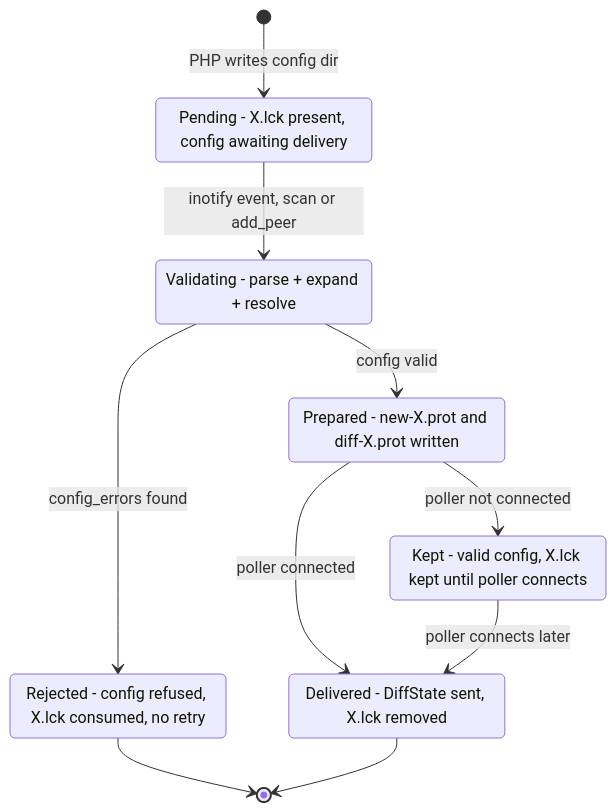
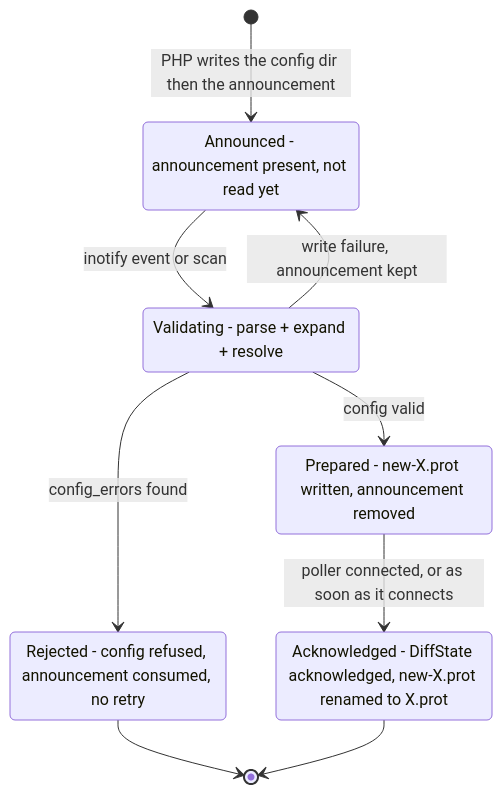
One commit to centreon/centreon-collect changed the eighth of 43 diagrams in doc/nego-engine-broker-en.md. Above: the diagram before and after it, drawn with Mermaid. The commit also changed other lines of this file and 9 other files, not shown here.

````diff
--- a/doc/nego-engine-broker-en.md
+++ b/doc/nego-engine-broker-en.md
@@ -885,18 +900,16 @@
 ```mermaid
 stateDiagram-v2
-    Pending: Pending - X.lck present, config awaiting delivery
+    Announced: Announced - announcement present, not read yet
     Validating: Validating - parse + expand + resolve
-    Rejected: Rejected - config refused, X.lck consumed, no retry
-    Prepared: Prepared - new-X.prot and diff-X.prot written
-    Kept: Kept - valid config, X.lck kept until poller connects
-    Delivered: Delivered - DiffState sent, X.lck removed
-    [*] --> Pending: PHP writes config dir
-    Pending --> Validating: inotify event, scan or add_peer
+    Rejected: Rejected - config refused, announcement consumed, no retry
+    Prepared: Prepared - new-X.prot written, announcement removed
+    Acknowledged: Acknowledged - DiffState acknowledged, new-X.prot renamed to X.prot
+    [*] --> Announced: PHP writes the config dir then the announcement
+    Announced --> Validating: inotify event or scan
     Validating --> Rejected: config_errors found
+    Validating --> Announced: write failure, announcement kept
     Validating --> Prepared: config valid
     Rejected --> [*]
-    Prepared --> Delivered: poller connected
-    Prepared --> Kept: poller not connected
-    Kept --> Delivered: poller connects later
-    Delivered --> [*]
+    Prepared --> Acknowledged: poller connected, or as soon as it connects
+    Acknowledged --> [*]
 ```
````
